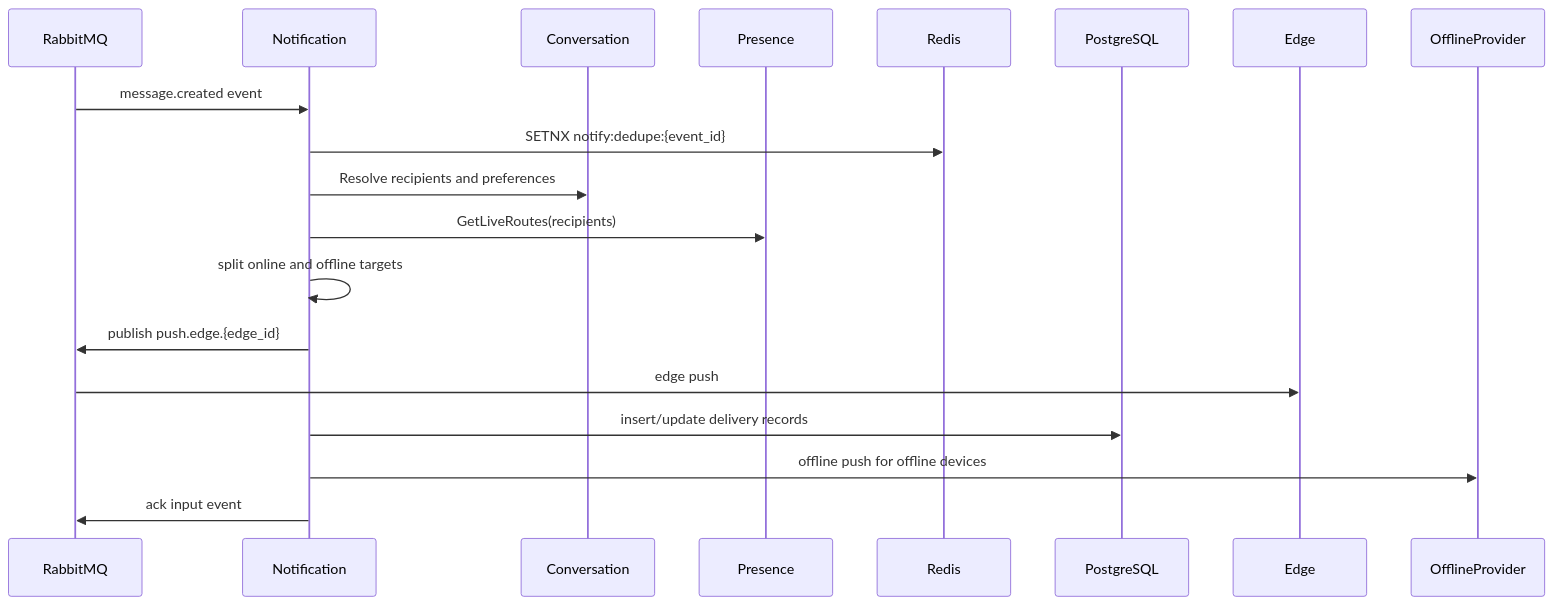
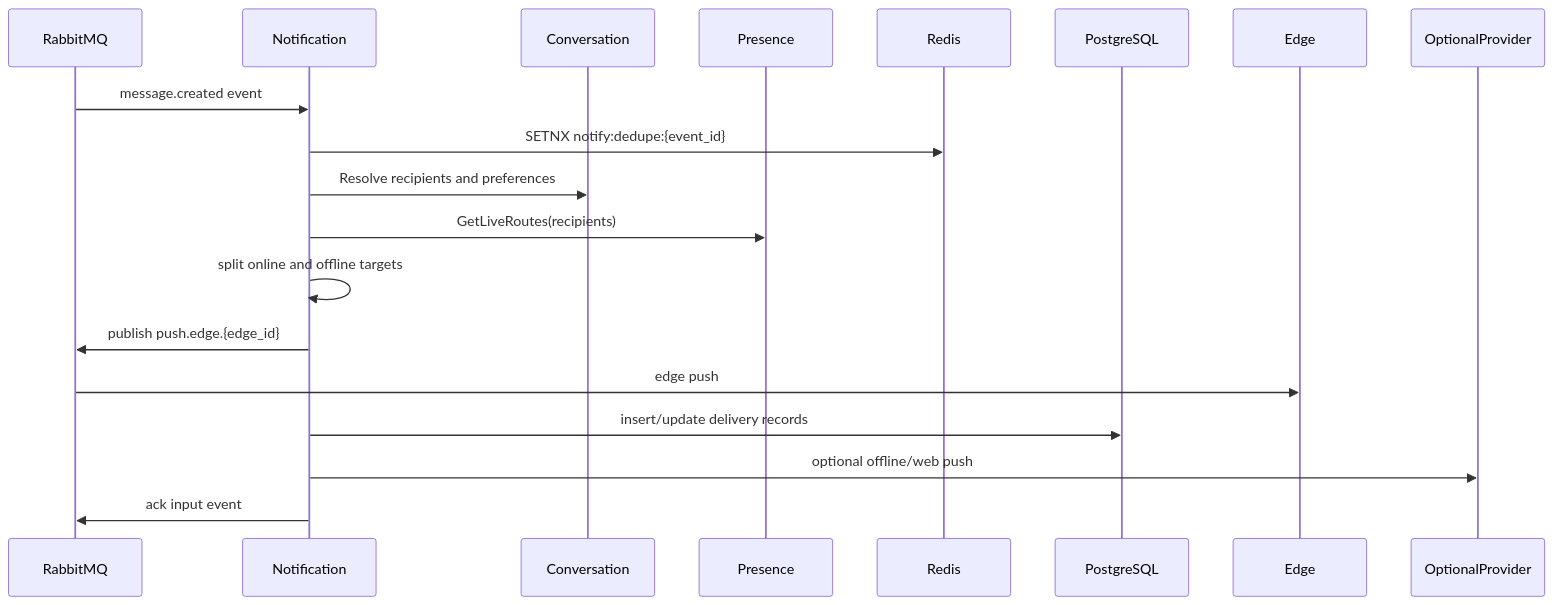
The second of 2 diagrams in docs/notification/DESIGN.md (HappyLadySauce/Beehive-IM), drawn with Mermaid before and after one commit. The commit also changed other lines of this file and 6 other files, not shown here.

````diff
--- a/docs/notification/DESIGN.md
+++ b/docs/notification/DESIGN.md
@@ -136,22 +136,22 @@
 ```mermaid
 sequenceDiagram
     participant RMQ as RabbitMQ
     participant N as Notification
     participant CV as Conversation
     participant P as Presence
     participant R as Redis
     participant DB as PostgreSQL
     participant E as Edge
-    participant OP as OfflineProvider
+    participant OP as OptionalProvider
 
     RMQ->>N: message.created event
     N->>R: SETNX notify:dedupe:{event_id}
     N->>CV: Resolve recipients and preferences
     N->>P: GetLiveRoutes(recipients)
     N->>N: split online and offline targets
     N->>RMQ: publish push.edge.{edge_id}
     RMQ->>E: edge push
     N->>DB: insert/update delivery records
-    N->>OP: offline push for offline devices
+    N->>OP: optional offline/web push
     N->>RMQ: ack input event
 ```
````
